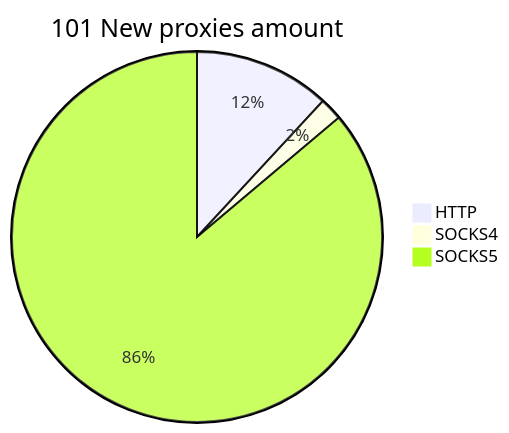
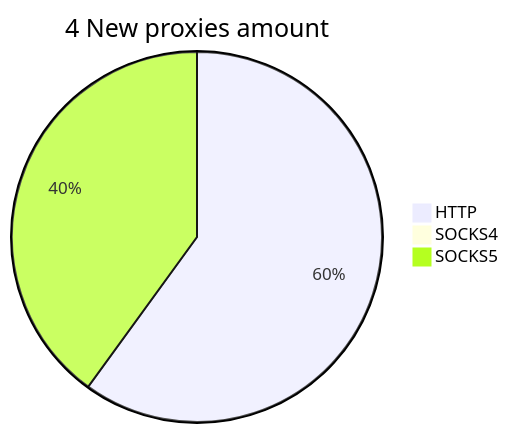
Before and after one commit to cutipu/proxylist: the second of 2 diagrams in README.md, drawn with Mermaid. The commit also changed other lines of this file, not shown here.

````diff
--- a/README.md
+++ b/README.md
@@ -10,6 +10,6 @@
 ```mermaid
-pie title 101 New proxies amount
-    "HTTP" : 12
-    "SOCKS4" : 2
-    "SOCKS5" : 87
+pie title 4 New proxies amount
+    "HTTP" : 3
+    "SOCKS4" : 0
+    "SOCKS5" : 2
 ```
````
